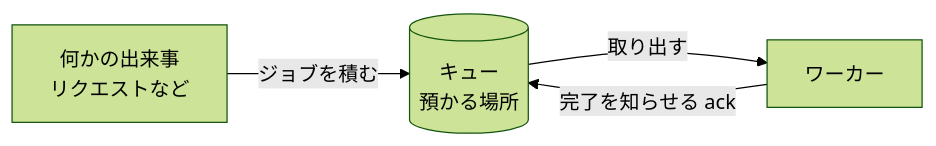
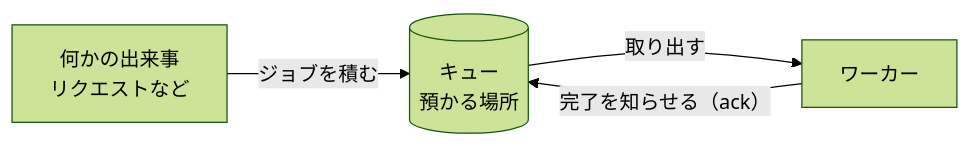
One commit to t-inoue0214/starter-web-async changed the first of 2 diagrams in chapters/03-async-map.md. Above: the diagram before and after it, drawn with Mermaid (forest theme). The commit also changed other lines of this file and 96 other files, not shown here.

````diff
--- a/chapters/03-async-map.md
+++ b/chapters/03-async-map.md
@@ -21,6 +21,6 @@
 ```mermaid
 flowchart LR
     P[何かの出来事<br>リクエストなど] -->|"ジョブを積む"| Q[(キュー<br>預かる場所)]
     Q -->|"取り出す"| W[ワーカー]
-    W -->|"完了を知らせる ack"| Q
+    W -->|"完了を知らせる（ack）"| Q
 ```
````
